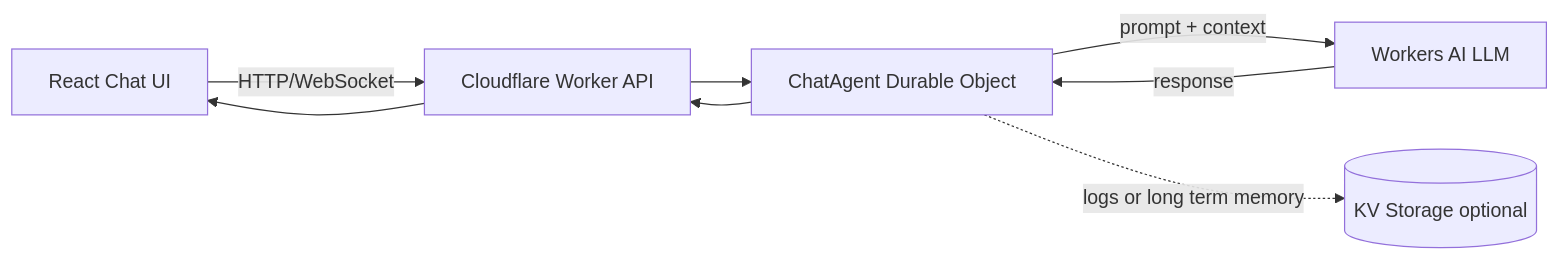
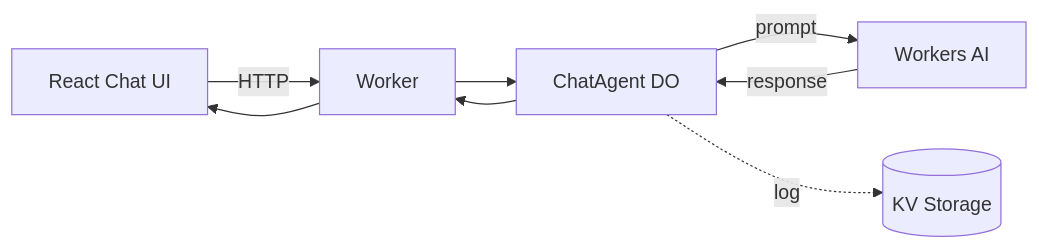
Before and after one commit to Kanghyeon5468/agent: the diagram in README.md, drawn with Mermaid.

Commit message:
Revise architecture flowchart in README
Updated flowchart to reflect changes in architecture.

````diff
--- a/README.md
+++ b/README.md
@@ -34,17 +34,11 @@
 ```mermaid
 flowchart LR
-  UI[React Chat UI]
-  W[Cloudflare Worker API]
-  DO[ChatAgent Durable Object]
-  AI[Workers AI LLM]
-  KV[(KV Storage optional)]
-
-  UI -->|HTTP/WebSocket| W
-  W --> DO
-  DO -->|prompt + context| AI
+  UI[React Chat UI] -->|HTTP| W[Worker]
+  W --> DO[ChatAgent DO]
+  DO -->|prompt| AI[Workers AI]
   AI -->|response| DO
   DO --> W
   W --> UI
 
-  DO -.->|logs or long term memory| KV
+  DO -.->|log| KV[(KV Storage)]
 ```
````
